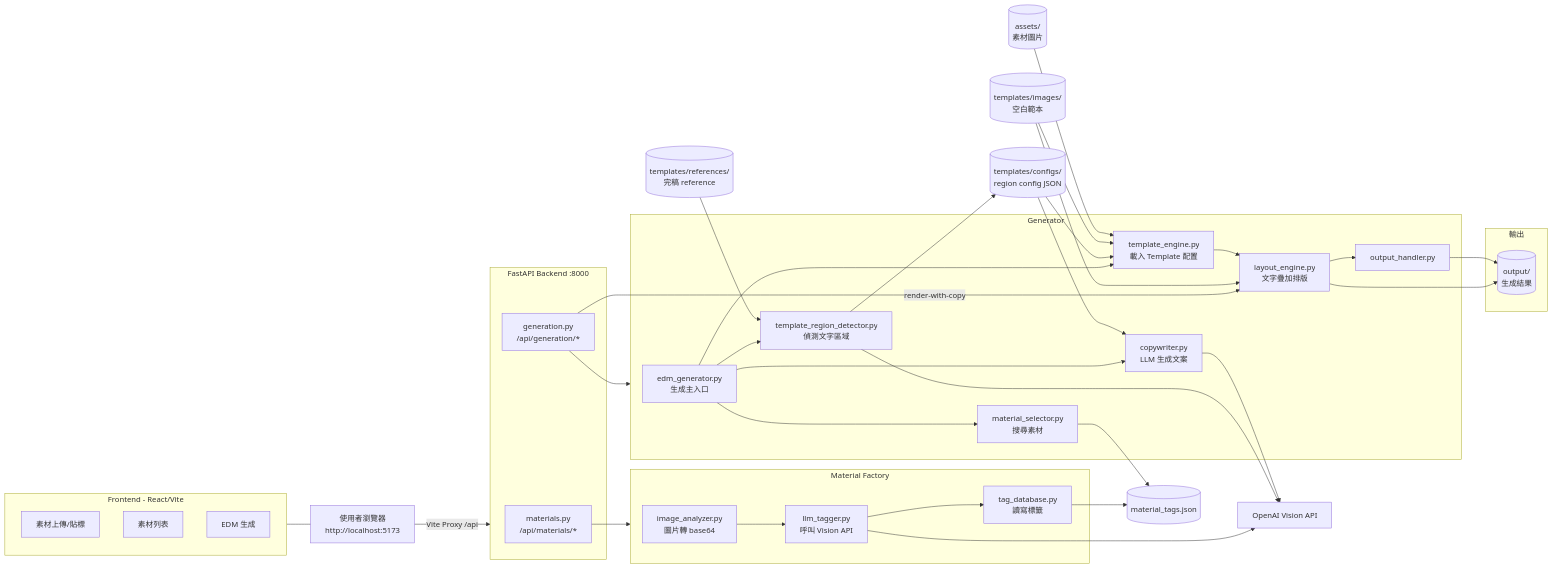
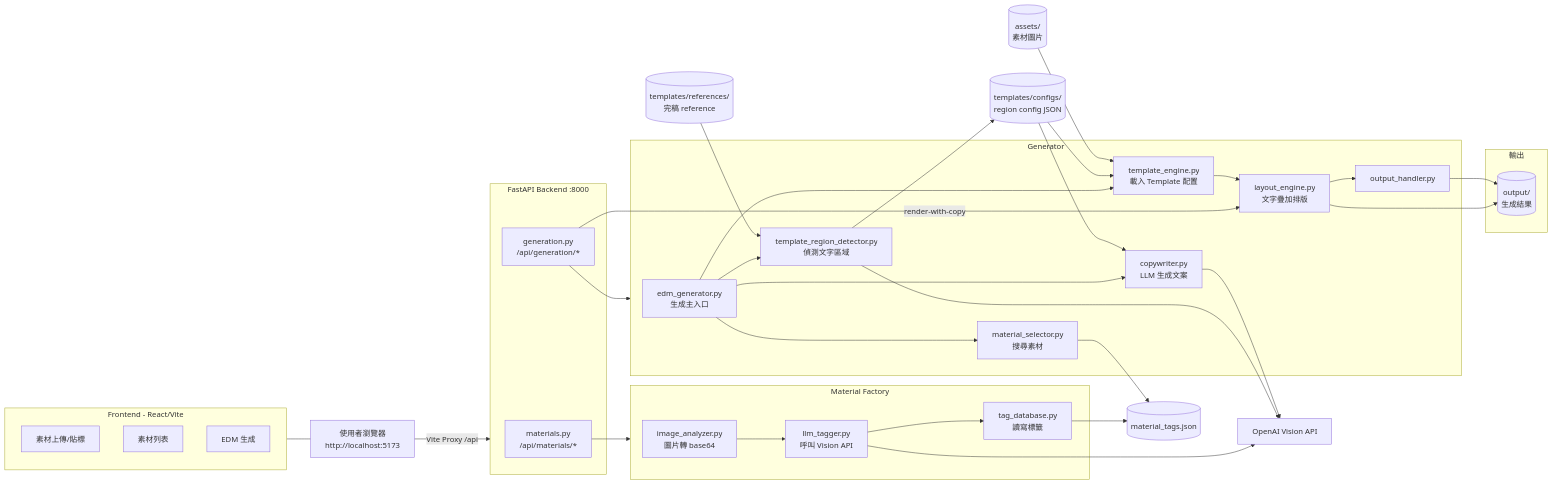
One commit to SamLai228/creative_agent changed the diagram in docs/architecture.md. Above: the diagram before and after it, drawn with Mermaid.

Commit message:
docs: remove blank template node from architecture diagram
空白範本（templates/images/）預計移除，架構圖只保留完稿 reference 作為偵測來源。

````diff
--- a/docs/architecture.md
+++ b/docs/architecture.md
@@ -3,74 +3,71 @@
 ```mermaid
 flowchart LR
     Browser["使用者瀏覽器<br/>http://localhost:5173"]
 
     subgraph Frontend["Frontend - React/Vite"]
         UI_Upload["素材上傳/貼標"]
         UI_List["素材列表"]
         UI_Generate["EDM 生成"]
     end
 
     subgraph Backend["FastAPI Backend :8000"]
         R_Materials["materials.py<br/>/api/materials/*"]
         R_Generation["generation.py<br/>/api/generation/*"]
     end
 
     subgraph MaterialFactory["Material Factory"]
         ImageAnalyzer["image_analyzer.py<br/>圖片轉 base64"]
         LLMTagger["llm_tagger.py<br/>呼叫 Vision API"]
         TagDatabase["tag_database.py<br/>讀寫標籤"]
     end
 
     subgraph Generator["Generator"]
         EDMGenerator["edm_generator.py<br/>生成主入口"]
         MaterialSelector["material_selector.py<br/>搜尋素材"]
         RegionDetector["template_region_detector.py<br/>偵測文字區域"]
         TemplateEngine["template_engine.py<br/>載入 Template 配置"]
         LayoutEngine["layout_engine.py<br/>文字疊加排版"]
         Copywriter["copywriter.py<br/>LLM 生成文案"]
         OutputHandler["output_handler.py"]
     end
 
     OpenAI["OpenAI Vision API"]
 
     DB[("material_tags.json")]
     Assets[("assets/<br/>素材圖片")]
-    TplImages[("templates/images/<br/>空白範本")]
     TplRefs[("templates/references/<br/>完稿 reference")]
     TplConfigs[("templates/configs/<br/>region config JSON")]
 
     subgraph OutputZone["輸出"]
         Output[("output/<br/>生成結果")]
     end
 
     Browser -->|"Vite Proxy /api"| Backend
     Frontend --- Browser
 
     R_Materials --> MaterialFactory
     R_Generation --> Generator
     R_Generation -->|"render-with-copy"| LayoutEngine
 
     ImageAnalyzer --> LLMTagger
     LLMTagger --> OpenAI
     LLMTagger --> TagDatabase
     TagDatabase --> DB
 
     EDMGenerator --> MaterialSelector
     EDMGenerator --> RegionDetector
     EDMGenerator --> Copywriter
     EDMGenerator --> TemplateEngine
     MaterialSelector --> DB
     TplRefs --> RegionDetector
     RegionDetector --> OpenAI
     RegionDetector --> TplConfigs
     TplConfigs --> Copywriter
     TplConfigs --> TemplateEngine
     Copywriter --> OpenAI
-    TplImages --> TemplateEngine
-    TplImages --> LayoutEngine
     Assets --> TemplateEngine
     TemplateEngine --> LayoutEngine
     LayoutEngine --> OutputHandler
     LayoutEngine --> Output
     OutputHandler --> Output
 ```
````
